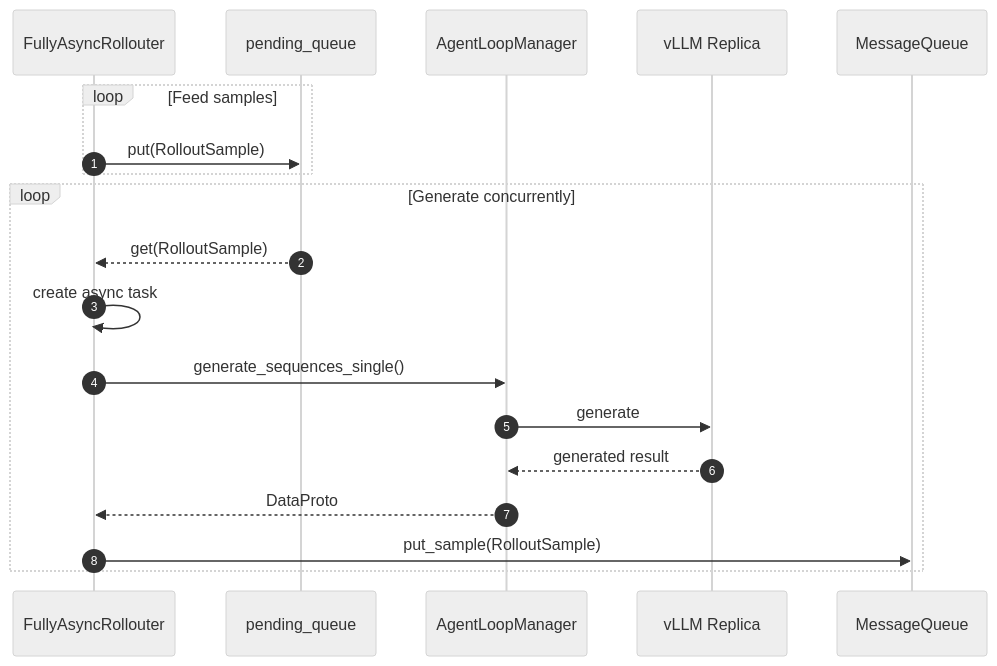
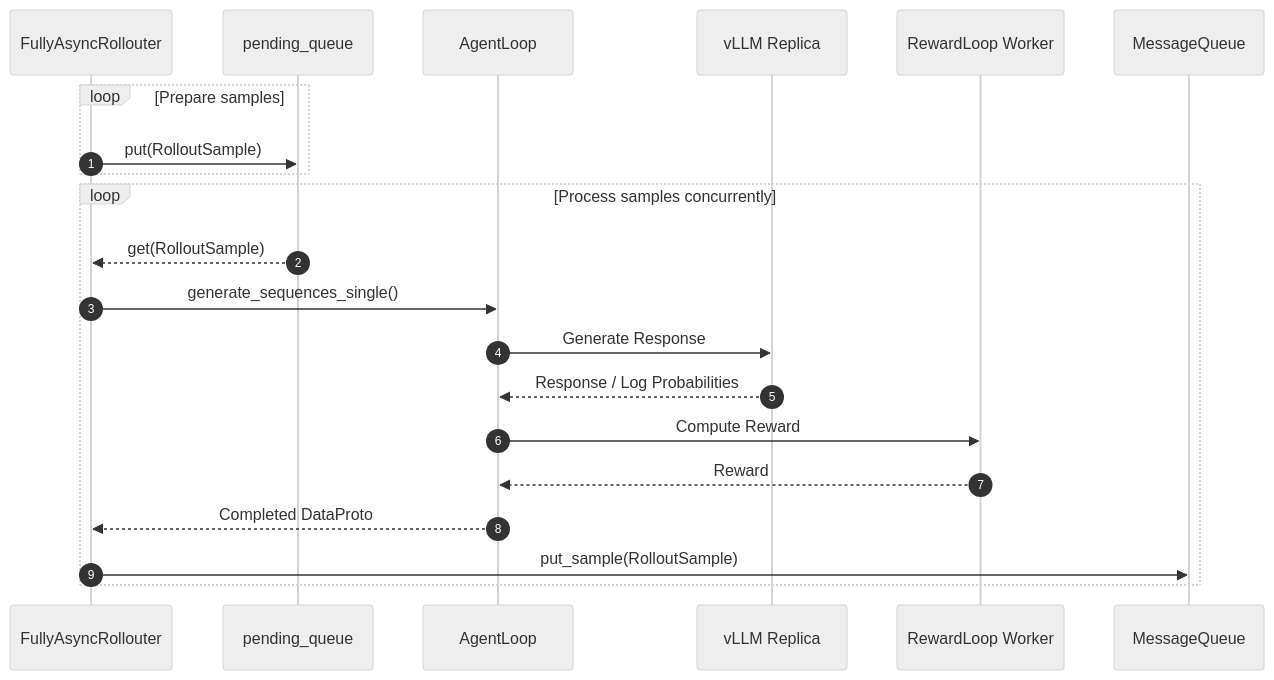
Before and after one commit to Vivicai1005/verl-rocm-tutorials: the second of 3 diagrams in verl-fully-async-policy-training-zh.md, drawn with Mermaid (neutral theme). The commit also changed other lines of this file, not shown here.

````diff
--- a/verl-fully-async-policy-training-zh.md
+++ b/verl-fully-async-policy-training-zh.md
@@ -135,24 +135,26 @@
 ```mermaid
 sequenceDiagram
     autonumber
 
     participant R as FullyAsyncRollouter
     participant PQ as pending_queue
-    participant ALM as AgentLoopManager
+    participant AL as AgentLoop
     participant V as vLLM Replica
+    participant RW as RewardLoop Worker
     participant MQ as MessageQueue
 
-    loop Feed samples
+    loop Prepare samples
         R->>PQ: put(RolloutSample)
     end
 
-    loop Generate concurrently
+    loop Process samples concurrently
         PQ-->>R: get(RolloutSample)
-        R->>R: create async task
-        R->>ALM: generate_sequences_single()
-        ALM->>V: generate
-        V-->>ALM: generated result
-        ALM-->>R: DataProto
+        R->>AL: generate_sequences_single()
+        AL->>V: Generate Response
+        V-->>AL: Response / Log Probabilities
+        AL->>RW: Compute Reward
+        RW-->>AL: Reward
+        AL-->>R: Completed DataProto
         R->>MQ: put_sample(RolloutSample)
     end
 ```
````
